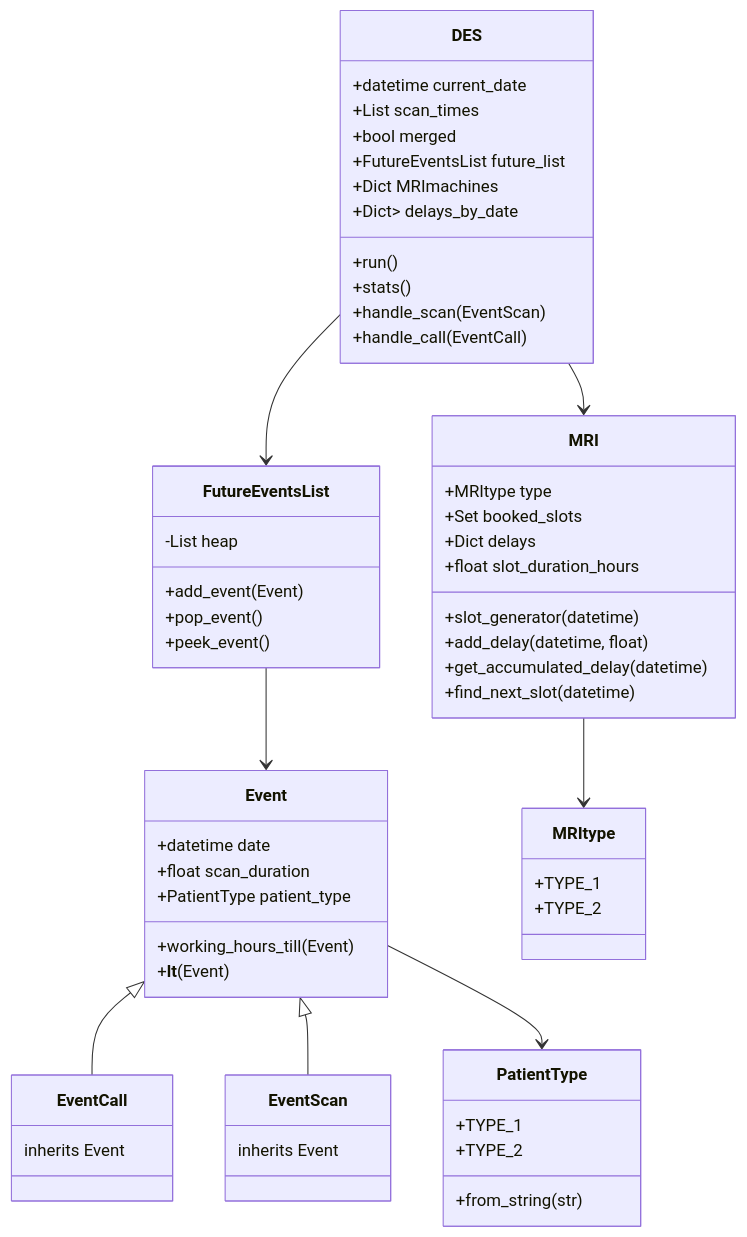
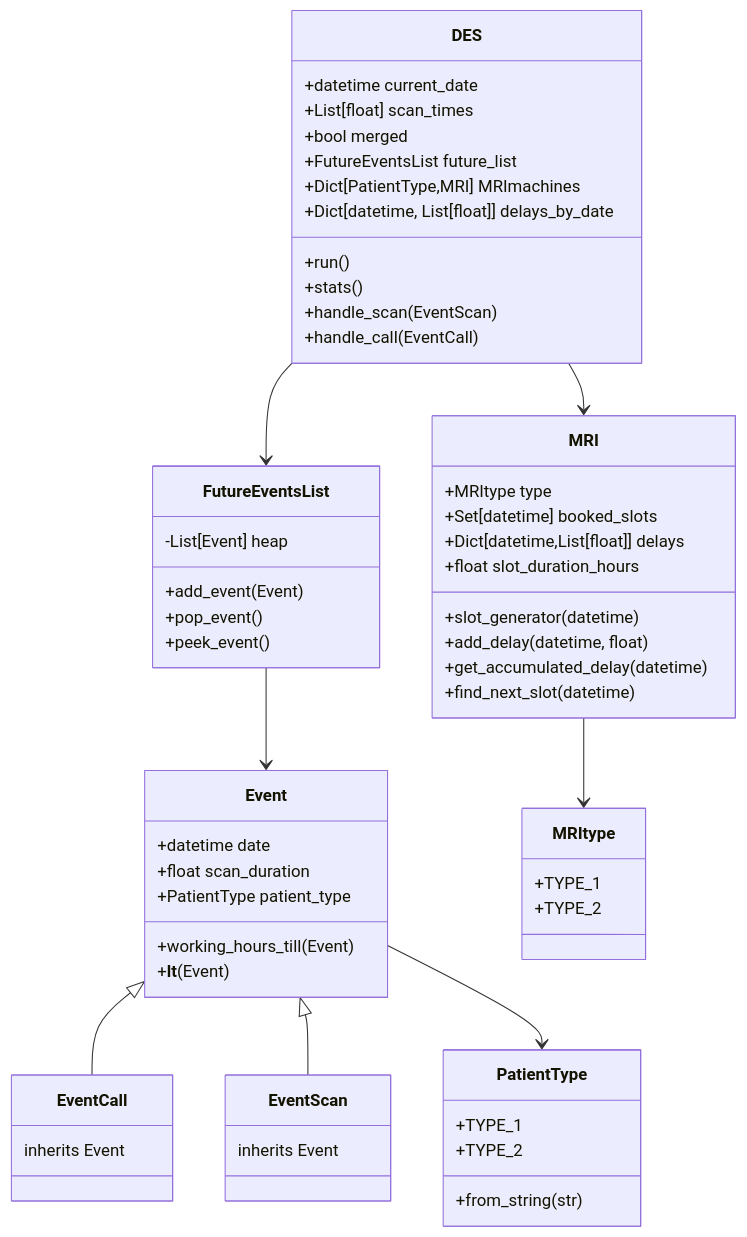
Before and after one commit to QuinnCuijpers/Computational-Assignment: the diagram in README.md, drawn with Mermaid.

Commit message:
github style type annotations

````diff
--- a/README.md
+++ b/README.md
@@ -10,60 +10,60 @@
 ```mermaid
 classDiagram
 class Event {
 +datetime date
 +float scan_duration
 +PatientType patient_type
 +working_hours_till(Event)
 +__lt__(Event)
 }
 class EventCall {
 inherits Event
 }
 class EventScan {
 inherits Event
 }
 class PatientType {
 +TYPE_1
 +TYPE_2
 +from_string(str)
 }
 class MRItype {
 +TYPE_1
 +TYPE_2
 }
 class MRI {
 +MRItype type
-+Set<datetime> booked_slots
-+Dict<datetime,float> delays
++Set[datetime] booked_slots
++Dict[datetime,List[float]] delays
 +float slot_duration_hours
 +slot_generator(datetime)
 +add_delay(datetime, float)
 +get_accumulated_delay(datetime)
 +find_next_slot(datetime)
 }
 class FutureEventsList {
--List<Event> heap
+-List[Event] heap
 +add_event(Event)
 +pop_event()
 +peek_event()
 }
 class DES {
 +datetime current_date
-+List<float> scan_times
++List[float] scan_times
 +bool merged
 +FutureEventsList future_list
-+Dict<PatientType,MRI> MRImachines
-+Dict<datetime, List<float>> delays_by_date
++Dict[PatientType,MRI] MRImachines
++Dict[datetime, List[float]] delays_by_date
 +run()
 +stats()
 +handle_scan(EventScan)
 +handle_call(EventCall)
 }
 Event <|-- EventCall
 Event <|-- EventScan
 Event --> PatientType
 MRI --> MRItype
 DES --> FutureEventsList
 DES --> MRI
 FutureEventsList --> Event
 ```
````
